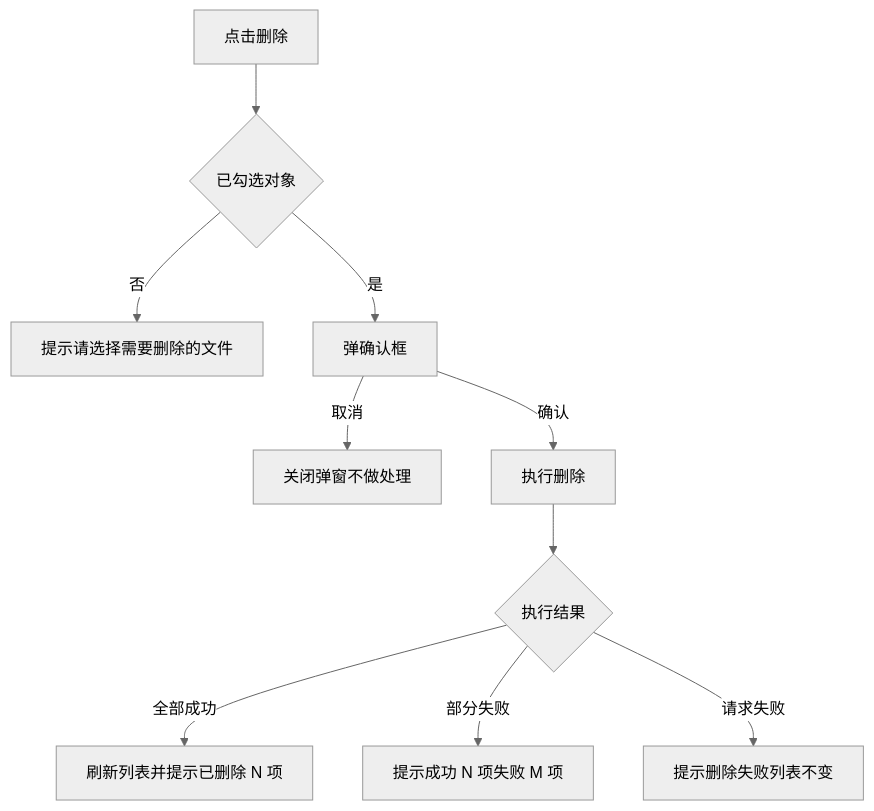
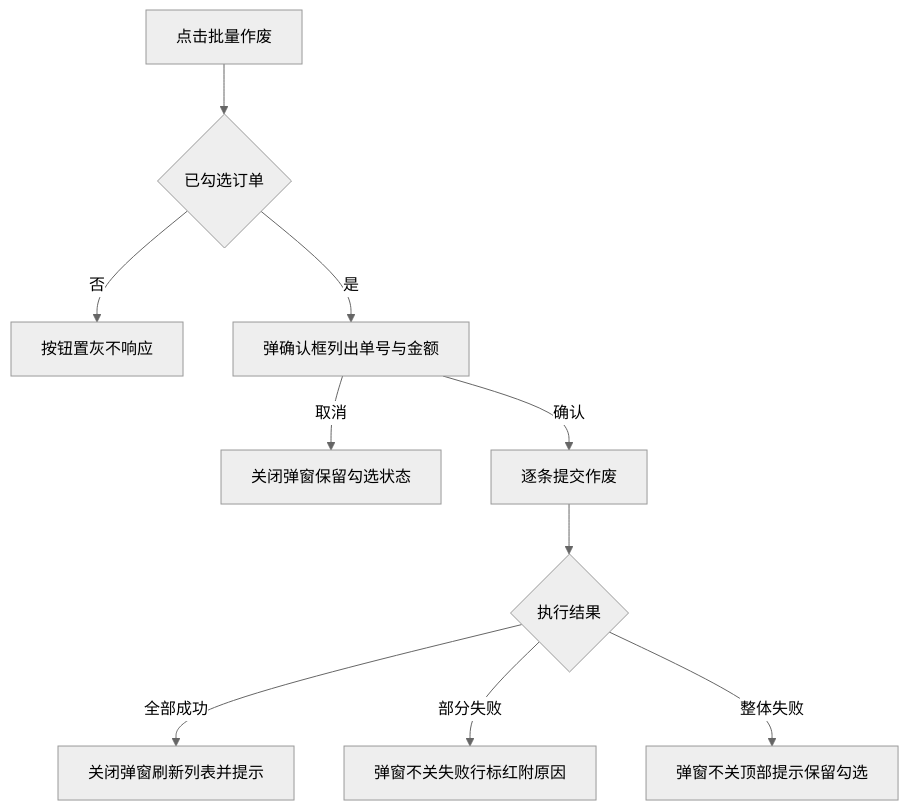
One commit to CharlesHYF/charles-prd-skill changed the first of 2 diagrams in templates/export/sample-tasks.md. Above: the diagram before and after it, drawn with Mermaid (neutral theme). The commit also changed other lines of this file and 1 other file, not shown here.

First line of the commit message:
fix: 导出样例内容与标注图对不上，改写为订单系统

````diff
--- a/templates/export/sample-tasks.md
+++ b/templates/export/sample-tasks.md
@@ -98,12 +132,12 @@
 ```mermaid
 flowchart TD
-	A[点击删除] --> B{已勾选对象}
-	B -- 否 --> C[提示请选择需要删除的文件]
-	B -- 是 --> D[弹确认框]
-	D -- 取消 --> E[关闭弹窗不做处理]
-	D -- 确认 --> F[执行删除]
+	A[点击批量作废] --> B{已勾选订单}
+	B -- 否 --> C[按钮置灰不响应]
+	B -- 是 --> D[弹确认框列出单号与金额]
+	D -- 取消 --> E[关闭弹窗保留勾选状态]
+	D -- 确认 --> F[逐条提交作废]
 	F --> G{执行结果}
-	G -- 全部成功 --> H[刷新列表并提示已删除 N 项]
-	G -- 部分失败 --> I[提示成功 N 项失败 M 项]
-	G -- 请求失败 --> J[提示删除失败列表不变]
+	G -- 全部成功 --> H[关闭弹窗刷新列表并提示]
+	G -- 部分失败 --> I[弹窗不关失败行标红附原因]
+	G -- 整体失败 --> J[弹窗不关顶部提示保留勾选]
 ```
````
